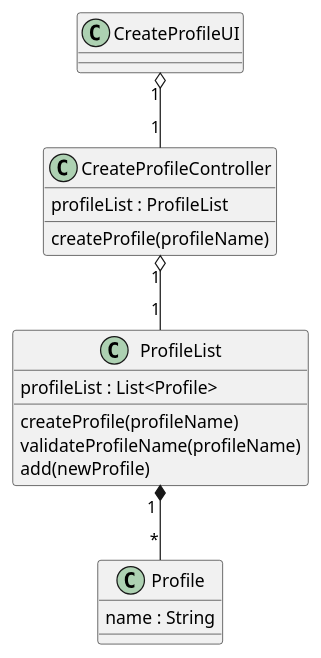
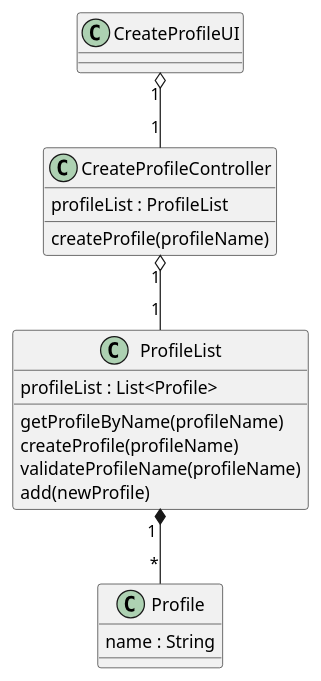
The diagram in docs/modelling_design/user_stories/us001/US001_CreateProfileCD.puml (ivo-menezes/project_g3), drawn with PlantUML before and after one commit.

Commit message:
US001 : Design : Updated CreateProfile CD

```diff
--- a/docs/modelling_design/user_stories/us001/US001_CreateProfileCD.puml
+++ b/docs/modelling_design/user_stories/us001/US001_CreateProfileCD.puml
@@ -1,27 +1,28 @@
 @startuml
 
 class CreateProfileUI {
 }
 
 class CreateProfileController {
 profileList : ProfileList
 createProfile(profileName)
 }
 
 
 class ProfileList {
 profileList : List<Profile>
+getProfileByName(profileName)
 createProfile(profileName)
 validateProfileName(profileName)
 add(newProfile)
 }
 
 class Profile {
 name : String
 }
 
 CreateProfileUI "1" o-- "1" CreateProfileController
 CreateProfileController "1" o-- "1" ProfileList
 ProfileList "1 " *-- "    *" Profile
 
 @enduml
```
